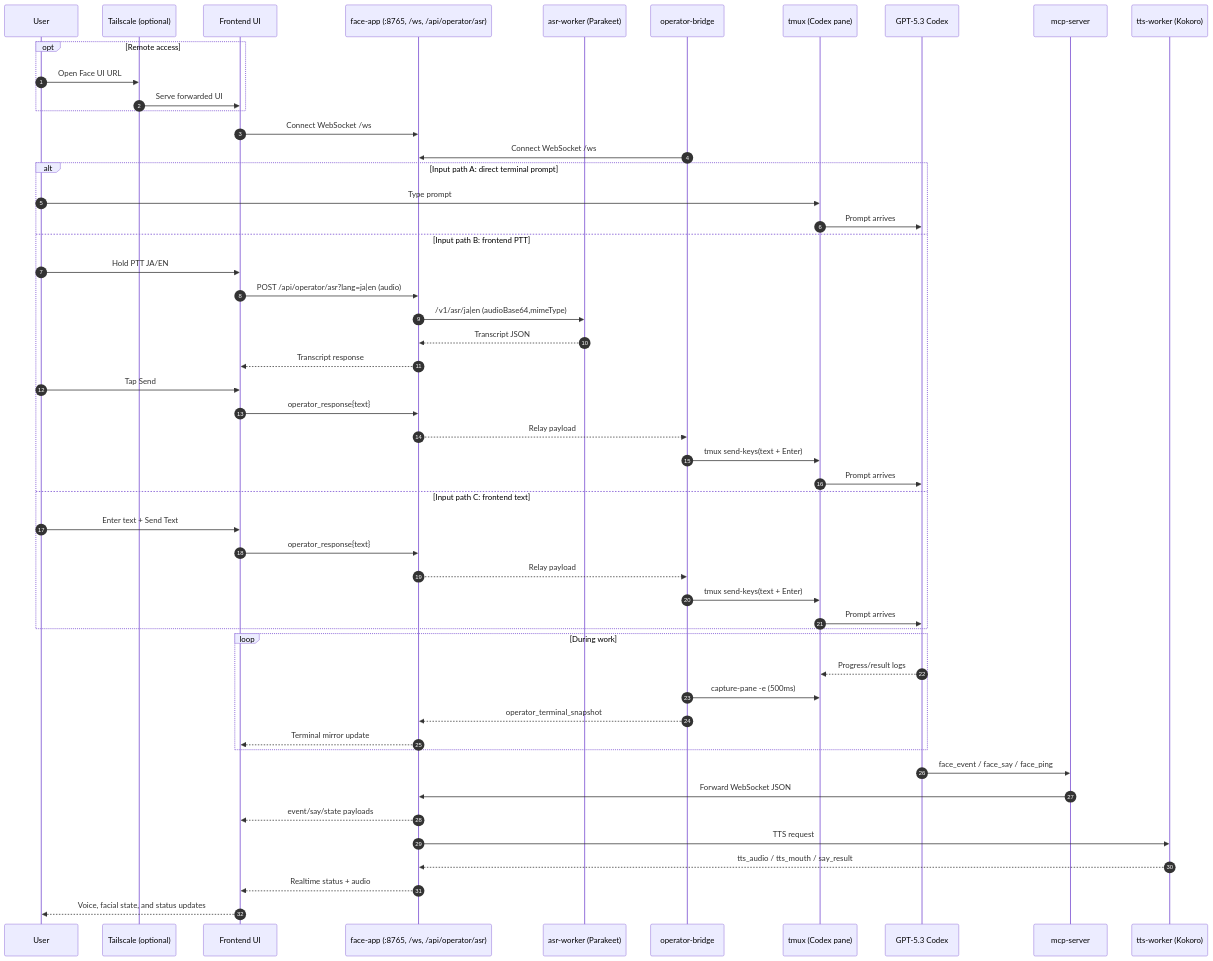
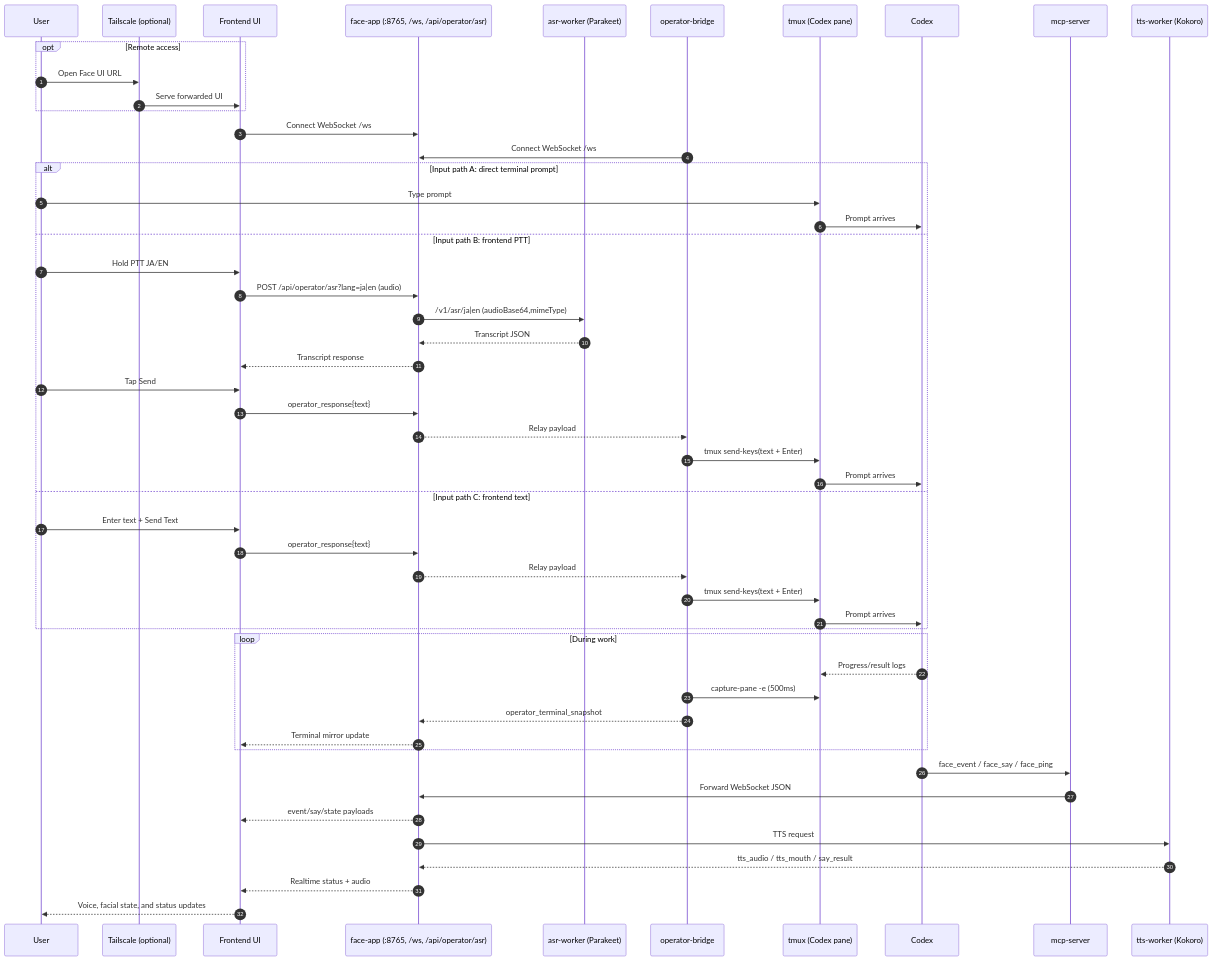
One commit to amariichi/MinimumHeadroom changed the second of 4 diagrams in README.md. Above: the diagram before and after it, drawn with Mermaid. The commit also changed other lines of this file and 39 other files, not shown here.

````diff
--- a/README.md
+++ b/README.md
@@ -128,60 +133,60 @@
 ```mermaid
 sequenceDiagram
   autonumber
   participant U as User
   participant TS as Tailscale (optional)
   participant FE as Frontend UI
   participant FA as face-app (:8765, /ws, /api/operator/asr)
   participant ASR as asr-worker (Parakeet)
   participant BR as operator-bridge
   participant TM as tmux (Codex pane)
-  participant CX as GPT-5.3 Codex
+  participant CX as Codex
   participant MCP as mcp-server
   participant TTS as tts-worker (Kokoro)
 
   opt Remote access
     U->>TS: Open Face UI URL
     TS->>FE: Serve forwarded UI
   end
 
   FE->>FA: Connect WebSocket /ws
   BR->>FA: Connect WebSocket /ws
 
   alt Input path A: direct terminal prompt
     U->>TM: Type prompt
     TM->>CX: Prompt arrives
   else Input path B: frontend PTT
     U->>FE: Hold PTT JA/EN
     FE->>FA: POST /api/operator/asr?lang=ja|en (audio)
     FA->>ASR: /v1/asr/ja|en (audioBase64,mimeType)
     ASR-->>FA: Transcript JSON
     FA-->>FE: Transcript response
     U->>FE: Tap Send
     FE->>FA: operator_response{text}
     FA-->>BR: Relay payload
     BR->>TM: tmux send-keys(text + Enter)
     TM->>CX: Prompt arrives
   else Input path C: frontend text
     U->>FE: Enter text + Send Text
     FE->>FA: operator_response{text}
     FA-->>BR: Relay payload
     BR->>TM: tmux send-keys(text + Enter)
     TM->>CX: Prompt arrives
   end
 
   loop During work
     CX-->>TM: Progress/result logs
     BR->>TM: capture-pane -e (500ms)
     BR-->>FA: operator_terminal_snapshot
     FA-->>FE: Terminal mirror update
   end
 
   CX->>MCP: face_event / face_say / face_ping
   MCP->>FA: Forward WebSocket JSON
   FA-->>FE: event/say/state payloads
 
   FA->>TTS: TTS request
   TTS-->>FA: tts_audio / tts_mouth / say_result
   FA-->>FE: Realtime status + audio
   FE-->>U: Voice, facial state, and status updates
 ```
````
